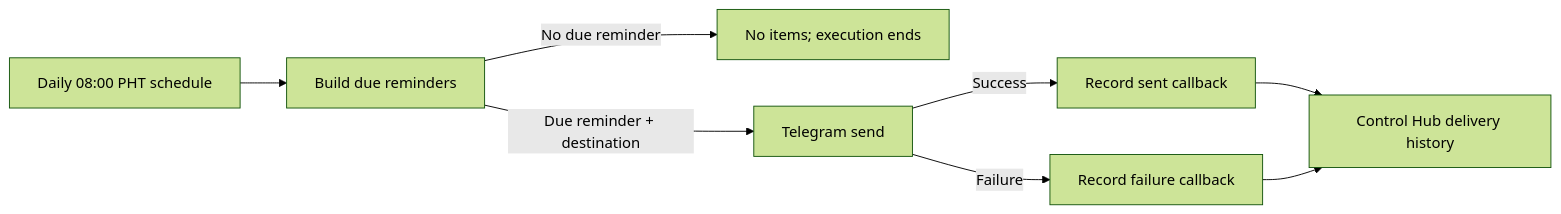
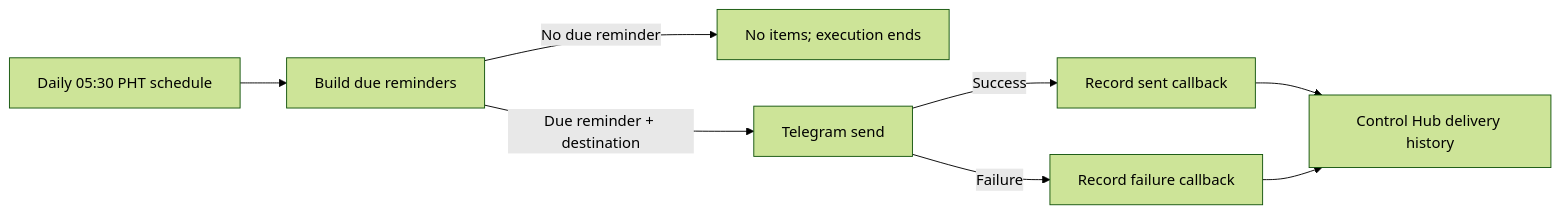
Before and after one commit to may24fc/sn-connect-app: the eighth of 8 diagrams in docs/features/ultimate-health-project/optimization.md, drawn with Mermaid (forest theme). The commit also changed other lines of this file and 7 other files, not shown here.

````diff
--- a/docs/features/ultimate-health-project/optimization.md
+++ b/docs/features/ultimate-health-project/optimization.md
@@ -210,10 +235,10 @@
 ```mermaid
 flowchart LR
-  S[Daily 08:00 PHT schedule] --> B[Build due reminders]
+  S[Daily 05:30 PHT schedule] --> B[Build due reminders]
   B -->|No due reminder| E[No items; execution ends]
   B -->|Due reminder + destination| T[Telegram send]
   T -->|Success| R[Record sent callback]
   T -->|Failure| F[Record failure callback]
   R --> H[Control Hub delivery history]
   F --> H
 ```
````
